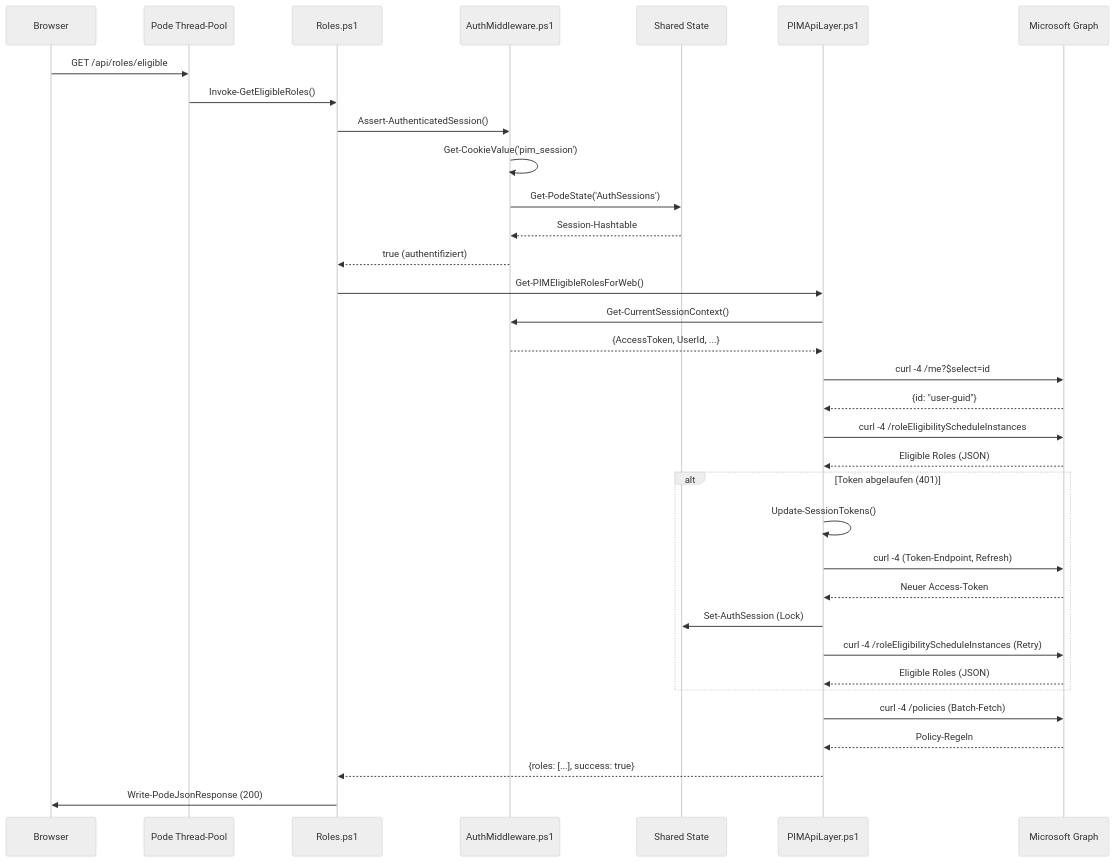
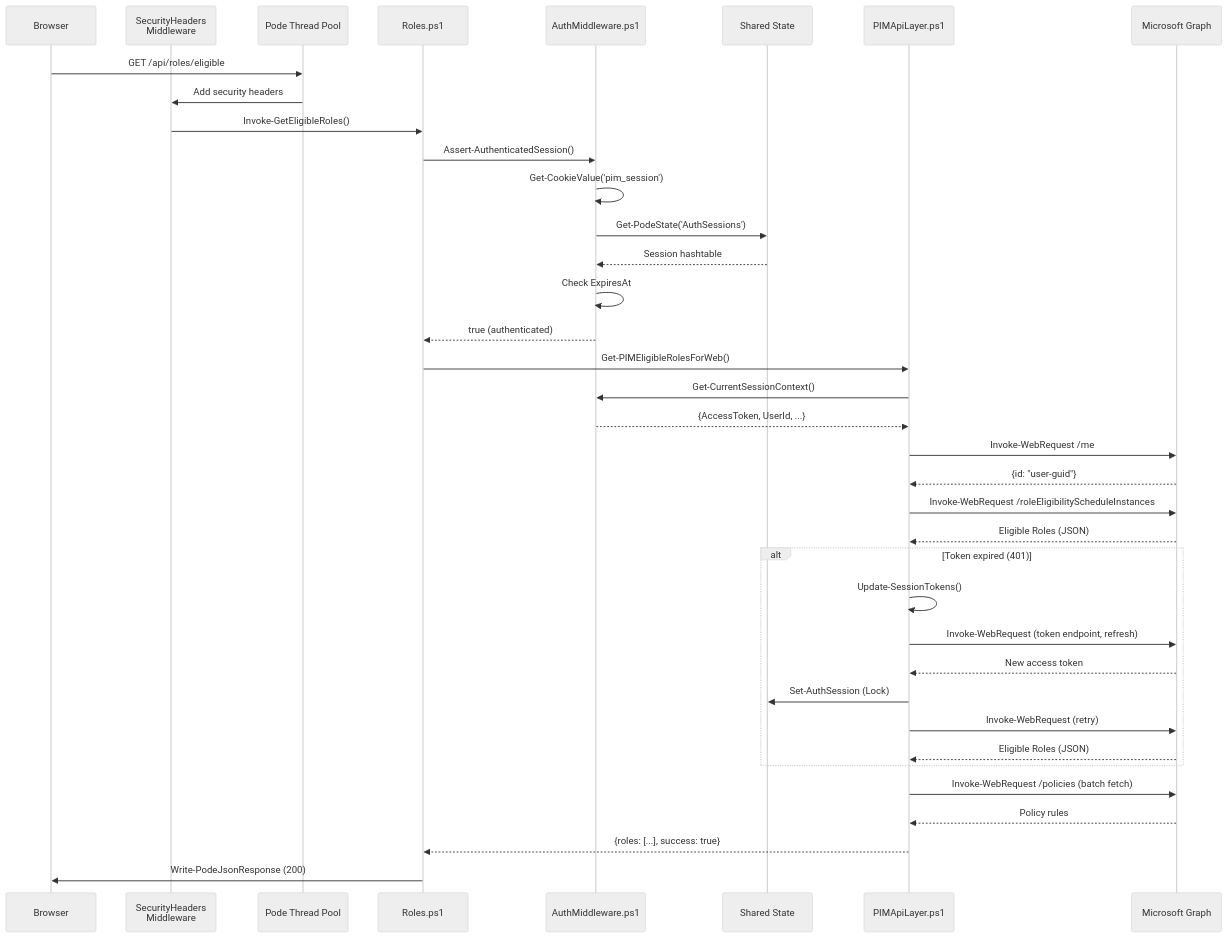
The third of 5 diagrams in architecture.md (l-gosling/PIMActivation-Web), drawn with Mermaid (neutral theme) before and after one commit. The commit also changed other lines of this file and 4 other files, not shown here.

````diff
--- a/architecture.md
+++ b/architecture.md
@@ -163,40 +143,43 @@
 ```mermaid
 sequenceDiagram
     participant B as Browser
-    participant P as Pode Thread-Pool
+    participant MW as SecurityHeaders<br/>Middleware
+    participant P as Pode Thread Pool
     participant R as Roles.ps1
     participant A as AuthMiddleware.ps1
     participant S as Shared State
     participant API as PIMApiLayer.ps1
     participant G as Microsoft Graph
 
     B->>P: GET /api/roles/eligible
-    P->>R: Invoke-GetEligibleRoles()
+    P->>MW: Add security headers
+    MW->>R: Invoke-GetEligibleRoles()
     R->>A: Assert-AuthenticatedSession()
     A->>A: Get-CookieValue('pim_session')
     A->>S: Get-PodeState('AuthSessions')
-    S-->>A: Session-Hashtable
-    A-->>R: true (authentifiziert)
+    S-->>A: Session hashtable
+    A->>A: Check ExpiresAt
+    A-->>R: true (authenticated)
 
     R->>API: Get-PIMEligibleRolesForWeb()
     API->>A: Get-CurrentSessionContext()
     A-->>API: {AccessToken, UserId, ...}
-    API->>G: curl -4 /me?$select=id
+    API->>G: Invoke-WebRequest /me
     G-->>API: {id: "user-guid"}
-    API->>G: curl -4 /roleEligibilityScheduleInstances
+    API->>G: Invoke-WebRequest /roleEligibilityScheduleInstances
     G-->>API: Eligible Roles (JSON)
 
-    alt Token abgelaufen (401)
+    alt Token expired (401)
         API->>API: Update-SessionTokens()
-        API->>G: curl -4 (Token-Endpoint, Refresh)
-        G-->>API: Neuer Access-Token
+        API->>G: Invoke-WebRequest (token endpoint, refresh)
+        G-->>API: New access token
         API->>S: Set-AuthSession (Lock)
-        API->>G: curl -4 /roleEligibilityScheduleInstances (Retry)
+        API->>G: Invoke-WebRequest (retry)
         G-->>API: Eligible Roles (JSON)
     end
 
-    API->>G: curl -4 /policies (Batch-Fetch)
-    G-->>API: Policy-Regeln
+    API->>G: Invoke-WebRequest /policies (batch fetch)
+    G-->>API: Policy rules
     API-->>R: {roles: [...], success: true}
     R->>B: Write-PodeJsonResponse (200)
 ```
````
